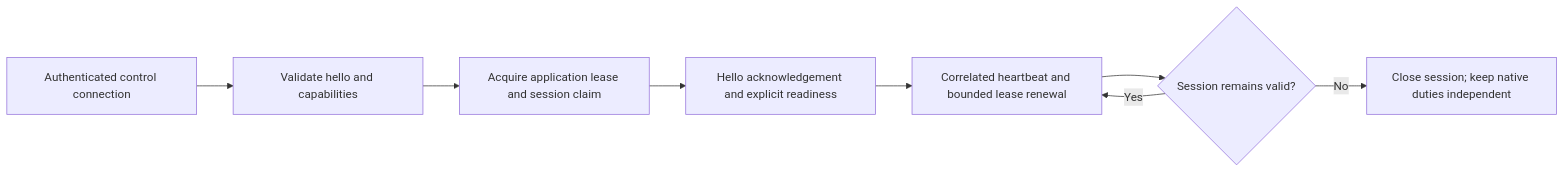
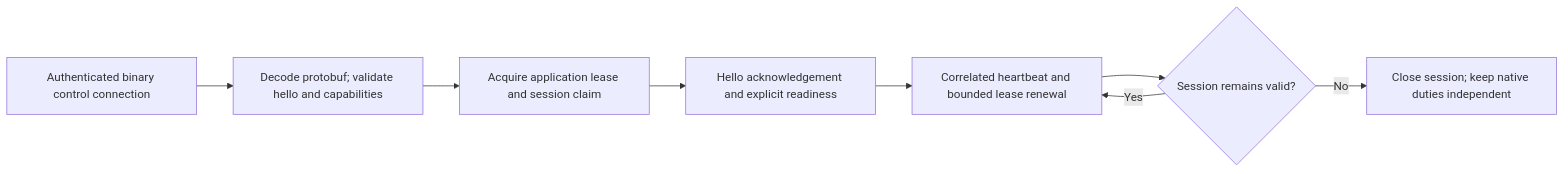
One commit to zyno-io/sipbridge changed the first of 6 diagrams in docs/operations/lifecycle.md. Above: the diagram before and after it, drawn with Mermaid. The commit also changed other lines of this file and 83 other files, not shown here.

````diff
--- a/docs/operations/lifecycle.md
+++ b/docs/operations/lifecycle.md
@@ -17,10 +19,10 @@
 ```mermaid
 flowchart LR
-    A[Authenticated control connection] --> B[Validate hello and capabilities]
+    A[Authenticated binary control connection] --> B[Decode protobuf; validate hello and capabilities]
     B --> C[Acquire application lease and session claim]
     C --> D[Hello acknowledgement and explicit readiness]
     D --> E[Correlated heartbeat and bounded lease renewal]
     E --> F{Session remains valid?}
     F -- Yes --> E
     F -- No --> G[Close session; keep native duties independent]
 ```
````
